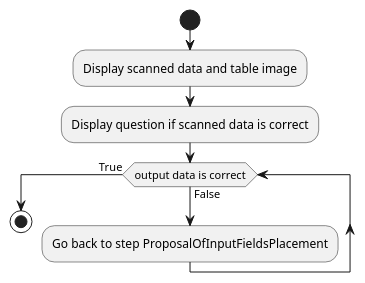
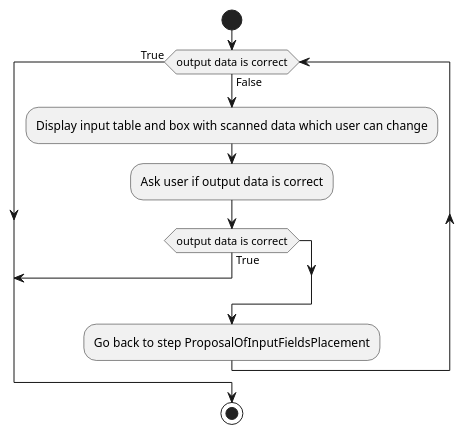
Before and after one commit to 209450/ImageDataToExcel: the diagram in UML/AskIfScannedDataIsCorrect.puml, drawn with PlantUML. The commit also changed 1 other file, not shown here.

Commit message:
Added new image types and changed input coordinated

```diff
--- a/UML/AskIfScannedDataIsCorrect.puml
+++ b/UML/AskIfScannedDataIsCorrect.puml
@@ -1,13 +1,16 @@
 @startuml
 'https://plantuml.com/activity-diagram-beta
 
 start
-:Display scanned data and table image;
-:Display question if scanned data is correct;
+while (output data is correct) is (False)
+    :Display input table and box with scanned data which user can change;
+    :Ask user if output data is correct;
+    if (output data is correct) then (True)
+        break
+    endif
+    :Go back to step ProposalOfInputFieldsPlacement;
 
-while (output data is correct) is (False)
-    :Go back to step ProposalOfInputFieldsPlacement;
 endwhile (True)
 stop
 
 @enduml
```
